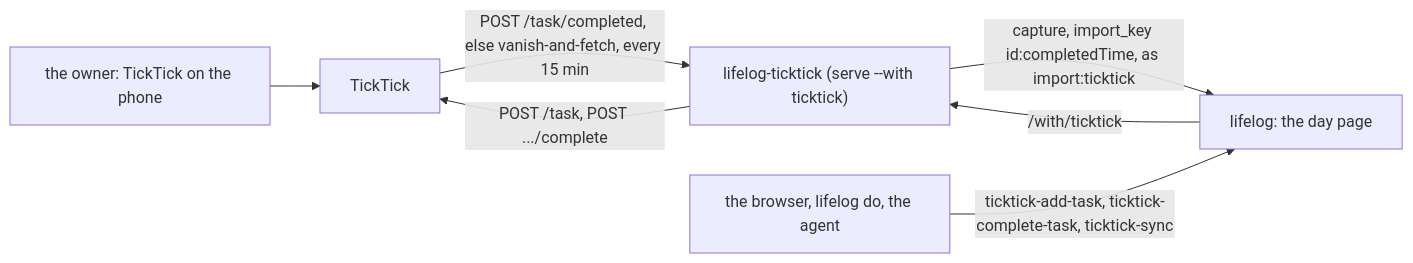
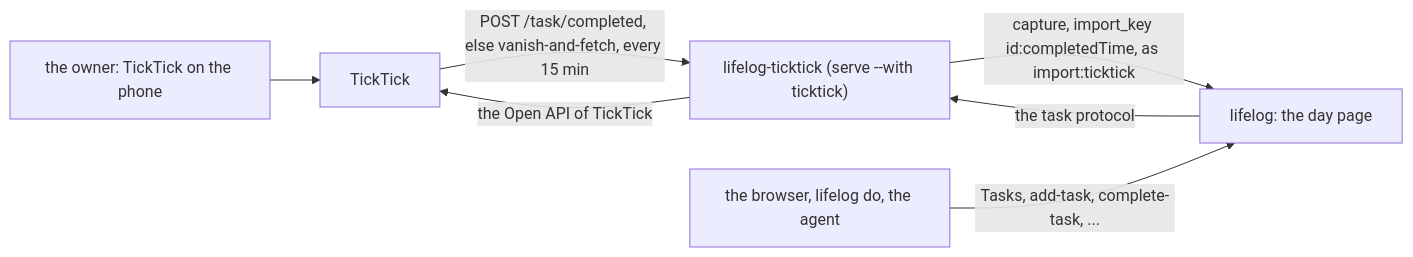
One commit to alexradunet/lifelogdb changed the first of 2 diagrams in extensions/ticktick/README.md. Above: the diagram before and after it, drawn with Mermaid. The commit also changed other lines of this file and 10 other files, not shown here.

First line of the commit message:
plan 158 part B: the TickTick connector is the task service

````diff
--- a/extensions/ticktick/README.md
+++ b/extensions/ticktick/README.md
@@ -12,9 +12,9 @@
 ```mermaid
 flowchart LR
   O["the owner: TickTick on the phone"] --> T["TickTick"]
   T -->|"POST /task/completed, else vanish-and-fetch, every 15 min"| C["lifelog-ticktick (serve --with ticktick)"]
   C -->|"capture, import_key id:completedTime, as import:ticktick"| L["lifelog: the day page"]
-  B["the browser, lifelog do, the agent"] -->|"ticktick-add-task, ticktick-complete-task, ticktick-sync"| L
-  L -->|"/with/ticktick"| C
-  C -->|"POST /task, POST .../complete"| T
+  B["the browser, lifelog do, the agent"] -->|"Tasks, add-task, complete-task, ..."| L
+  L -->|"the task protocol"| C
+  C -->|"the Open API of TickTick"| T
 ```
````
